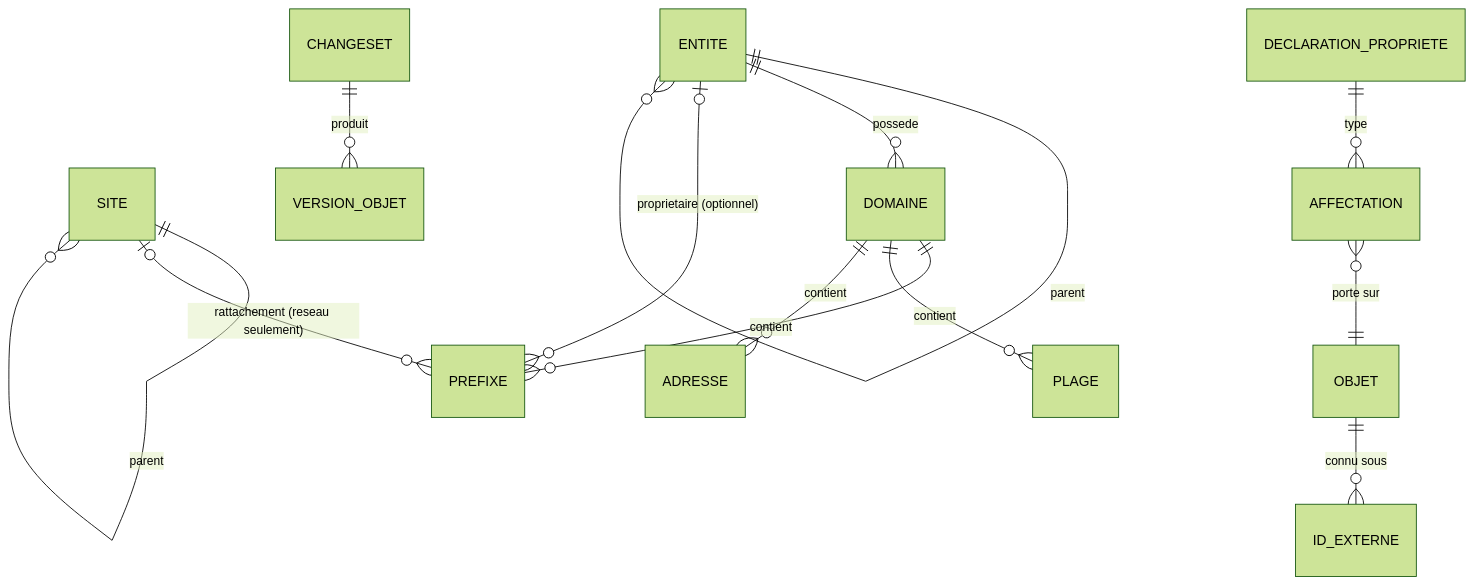
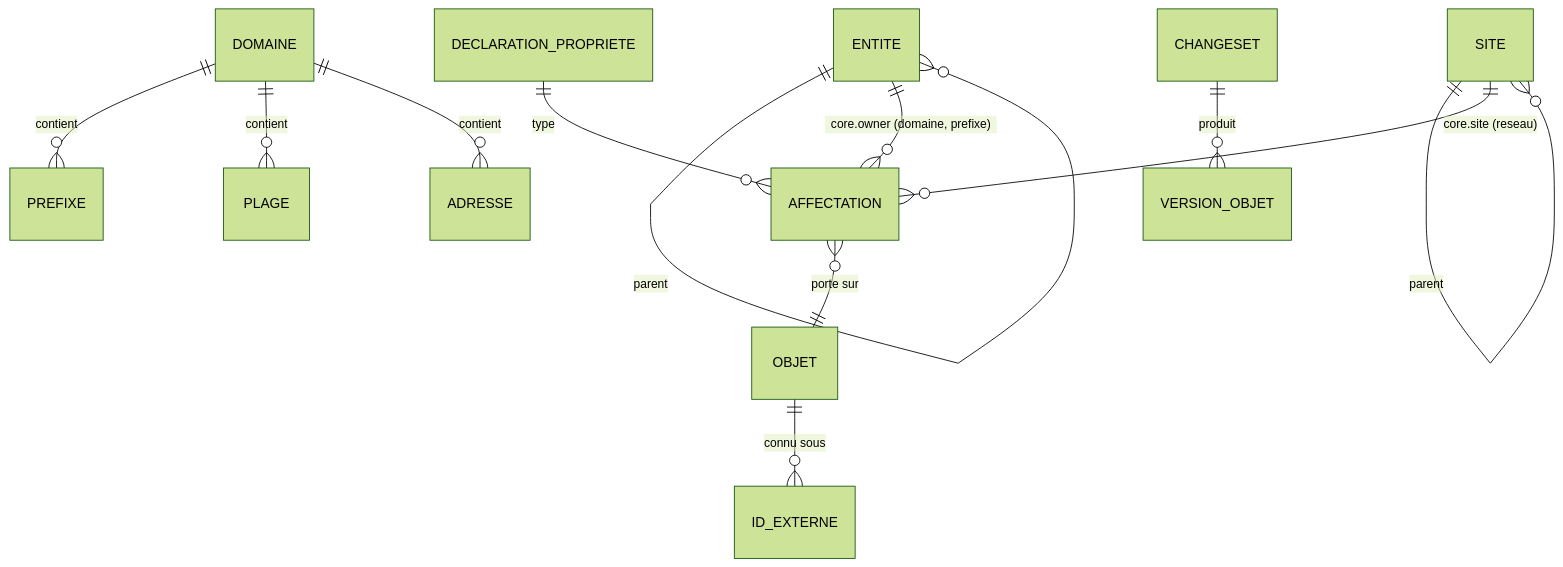
One commit to Cavernum/kartenn changed the diagram in docs/spec/data.md. Above: the diagram before and after it, drawn with Mermaid (forest theme). The commit also changed other lines of this file and 12 other files, not shown here.

````diff
--- a/docs/spec/data.md
+++ b/docs/spec/data.md
@@ -10,15 +10,14 @@
 ```mermaid
 erDiagram
   ENTITE ||--o{ ENTITE : parent
   SITE ||--o{ SITE : parent
-  ENTITE ||--o{ DOMAINE : possede
   DOMAINE ||--o{ PREFIXE : contient
   DOMAINE ||--o{ PLAGE : contient
   DOMAINE ||--o{ ADRESSE : contient
-  ENTITE |o--o{ PREFIXE : "proprietaire (optionnel)"
-  SITE |o--o{ PREFIXE : "rattachement (reseau seulement)"
+  ENTITE ||--o{ AFFECTATION : "core.owner (domaine, prefixe)"
+  SITE ||--o{ AFFECTATION : "core.site (reseau)"
   DECLARATION_PROPRIETE ||--o{ AFFECTATION : type
   AFFECTATION }o--|| OBJET : "porte sur"
   CHANGESET ||--o{ VERSION_OBJET : produit
   OBJET ||--o{ ID_EXTERNE : "connu sous"
 ```
````
